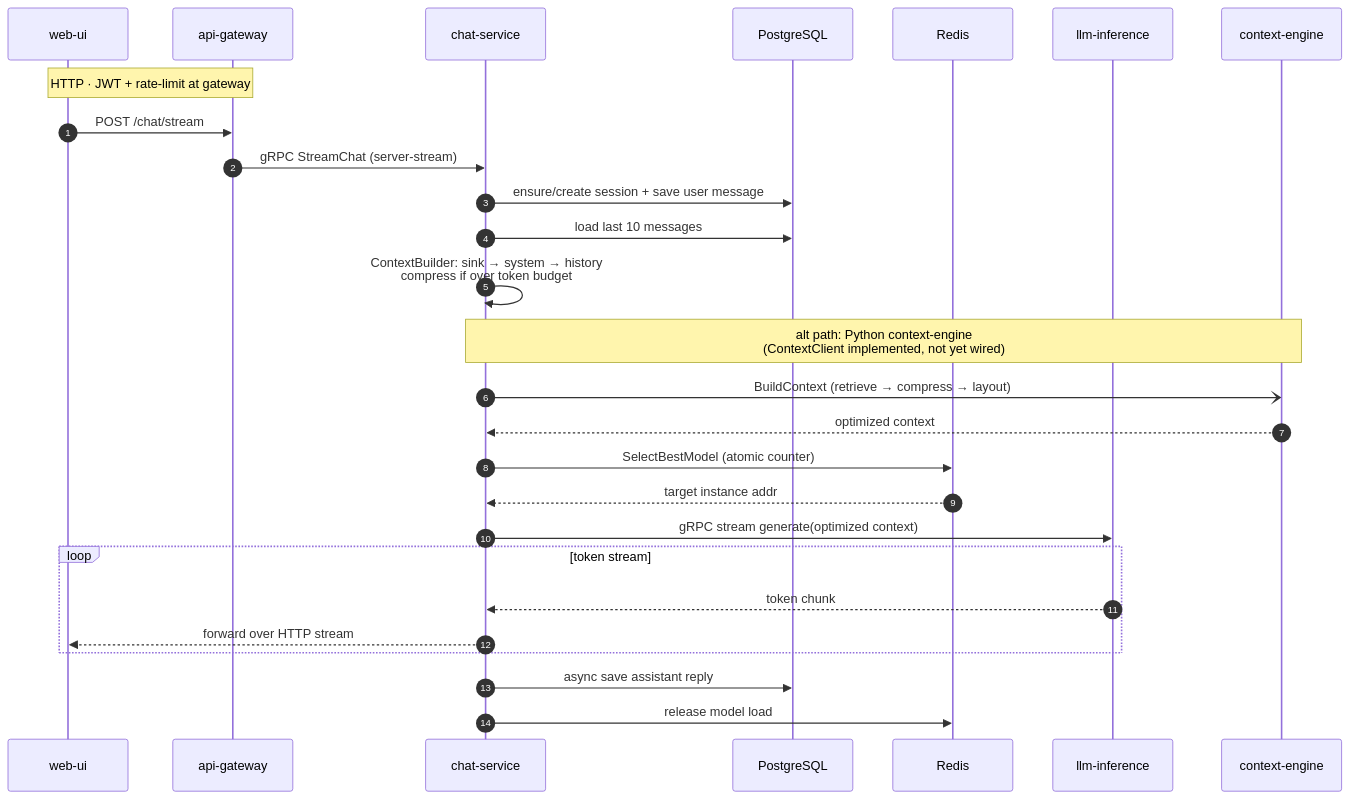
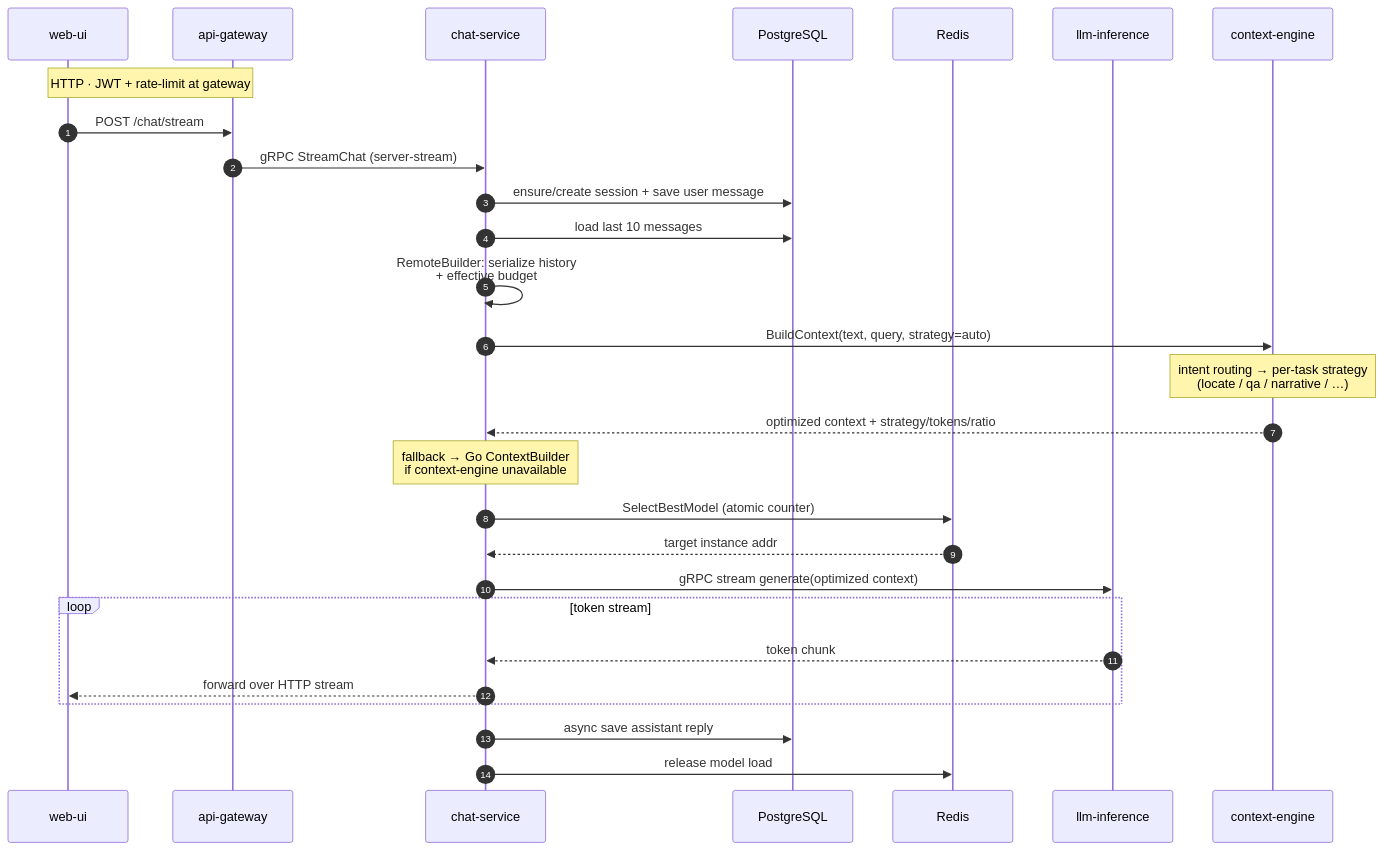
Before and after one commit to Einspanner123/free-chat: the second of 2 diagrams in README.md, drawn with Mermaid. The commit also changed other lines of this file and 2 other files, not shown here.

First line of the commit message:
docs: update README for remote builder, intent router, and KV-eviction findings

````diff
--- a/README.md
+++ b/README.md
@@ -95,30 +95,31 @@
 ```mermaid
 sequenceDiagram
     autonumber
     participant UI as web-ui
     participant GW as api-gateway
     participant CS as chat-service
     participant PG as PostgreSQL
     participant RD as Redis
     participant LI as llm-inference
     participant CE as context-engine
 
     Note over UI,GW: HTTP · JWT + rate-limit at gateway
     UI->>GW: POST /chat/stream
     GW->>CS: gRPC StreamChat (server-stream)
     CS->>PG: ensure/create session + save user message
     CS->>PG: load last 10 messages
-    CS->>CS: ContextBuilder: sink → system → history<br/>compress if over token budget
-    Note over CS,CE: alt path: Python context-engine<br/>(ContextClient implemented, not yet wired)
-    CS-)CE: BuildContext (retrieve → compress → layout)
-    CE-->>CS: optimized context
+    CS->>CS: RemoteBuilder: serialize history<br/>+ effective budget
+    CS->>CE: BuildContext(text, query, strategy=auto)
+    Note over CE: intent routing → per-task strategy<br/>(locate / qa / narrative / …)
+    CE-->>CS: optimized context + strategy/tokens/ratio
+    Note over CS: fallback → Go ContextBuilder<br/>if context-engine unavailable
     CS->>RD: SelectBestModel (atomic counter)
     RD-->>CS: target instance addr
     CS->>LI: gRPC stream generate(optimized context)
     loop token stream
         LI-->>CS: token chunk
         CS-->>UI: forward over HTTP stream
     end
     CS->>PG: async save assistant reply
     CS->>RD: release model load
 ```
````
